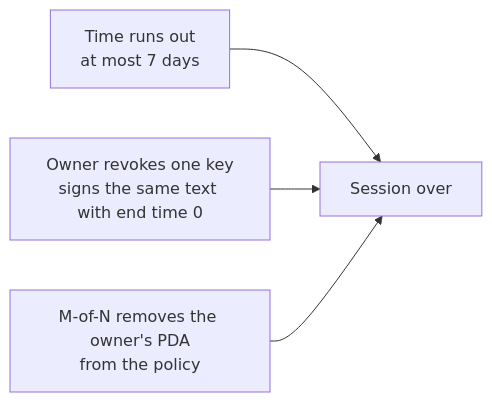
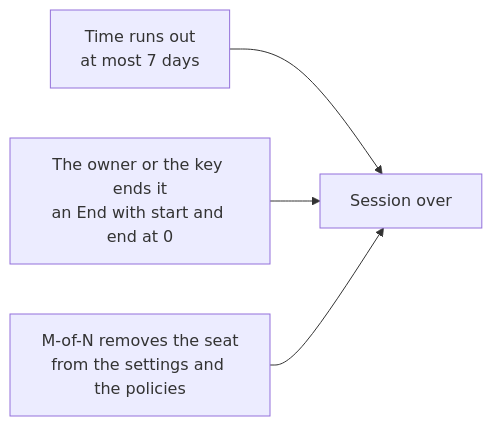
One commit to untangledfinance/oz-policy-builder changed diagram 11 of 12 in contracts/solana/README-architecture.md. Above: the diagram before and after it, drawn with Mermaid. The commit also changed other lines of this file and 11 other files, not shown here.

````diff
--- a/contracts/solana/README-architecture.md
+++ b/contracts/solana/README-architecture.md
@@ -674,6 +611,6 @@
 ```mermaid
 flowchart LR
   A["Time runs out<br/>at most 7 days"] --> X[Session over]
-  B["Owner revokes one key<br/>signs the same text with end time 0"] --> X
-  C["M-of-N removes the owner's PDA<br/>from the policy"] --> X
+  B["The owner or the key ends it<br/>an End with start and end at 0"] --> X
+  C["M-of-N removes the seat<br/>from the settings and the policies"] --> X
 ```
````
